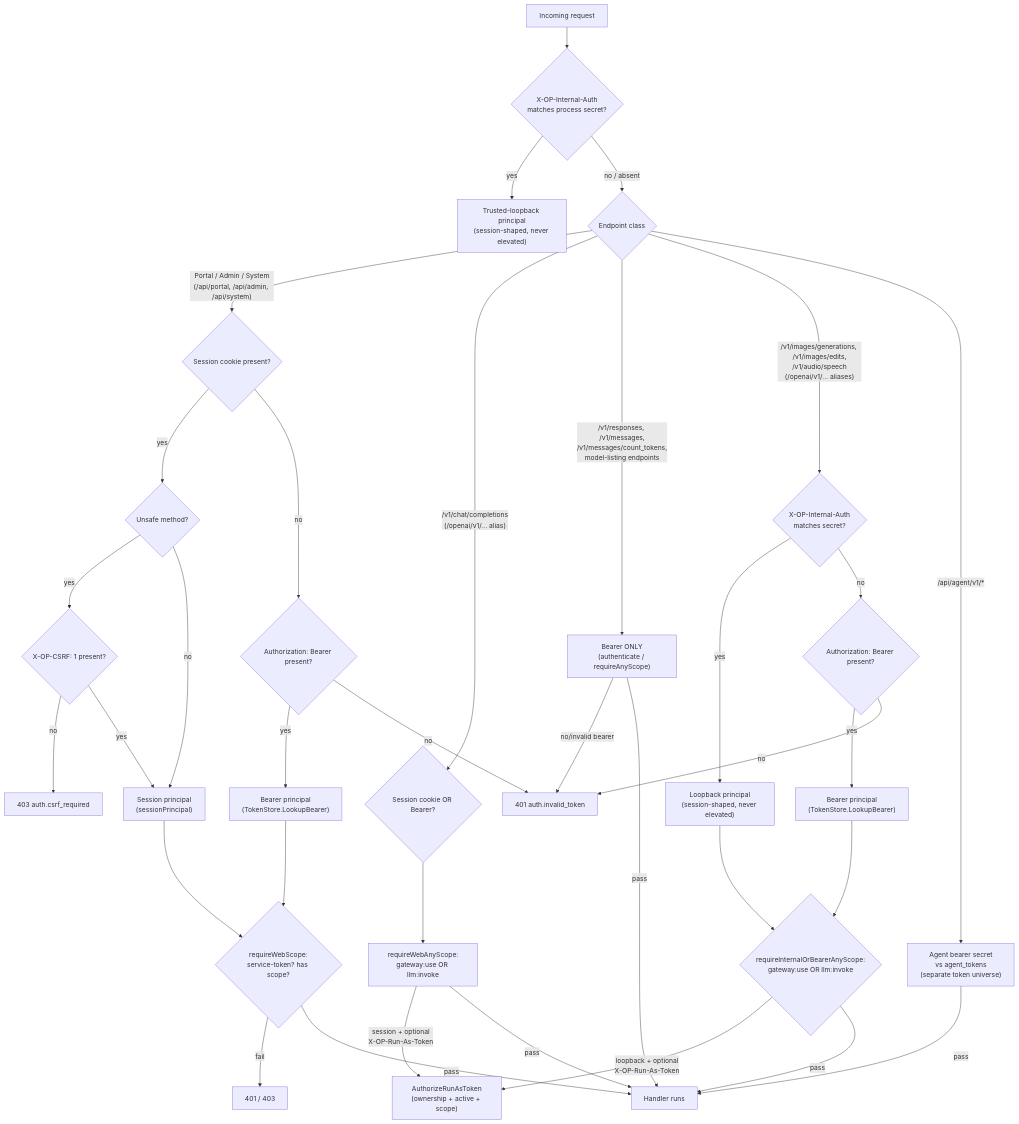
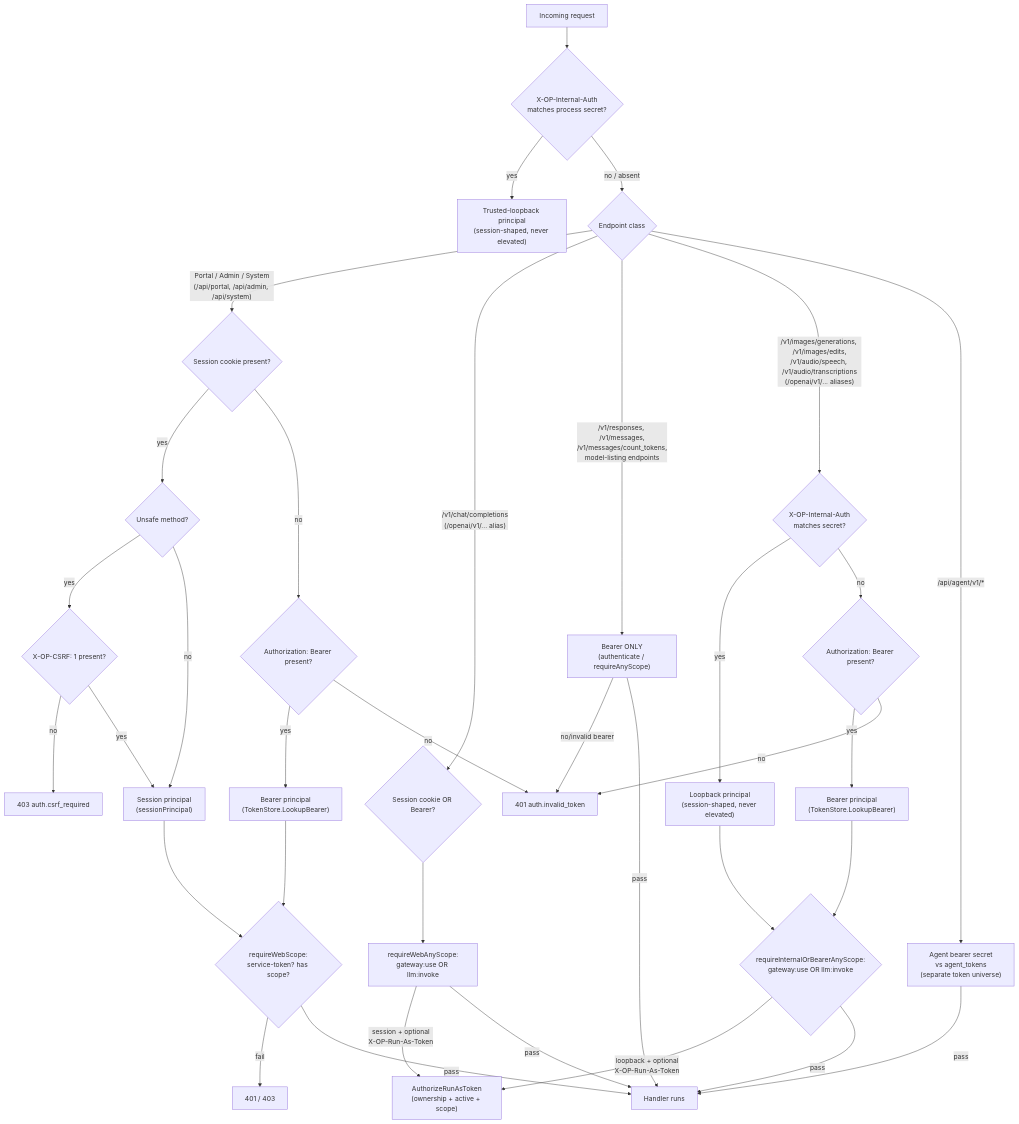
The first of 3 diagrams in docs/architecture/cross-cutting/security-auth-rbac.md (JLor08/op-ai-gateway), drawn with Mermaid before and after one commit. The commit also changed other lines of this file and 77 other files, not shown here.

First line of the commit message:
feat: serve POST /v1/audio/transcriptions backed by audio.cpp (#69) (#243)

````diff
--- a/docs/architecture/cross-cutting/security-auth-rbac.md
+++ b/docs/architecture/cross-cutting/security-auth-rbac.md
@@ -324,42 +328,42 @@
 ```mermaid
 flowchart TD
     A["Incoming request"] --> B{"X-OP-Internal-Auth\nmatches process secret?"}
     B -- yes --> C["Trusted-loopback principal\n(session-shaped, never elevated)"]
     B -- no / absent --> D{"Endpoint class"}
 
     D -- "Portal / Admin / System\n(/api/portal, /api/admin, /api/system)" --> E{"Session cookie present?"}
     E -- yes --> F{"Unsafe method?"}
     F -- yes --> G{"X-OP-CSRF: 1 present?"}
     G -- no --> X1["403 auth.csrf_required"]
     G -- yes --> H["Session principal\n(sessionPrincipal)"]
     F -- no --> H
     E -- no --> I{"Authorization: Bearer present?"}
     I -- yes --> J["Bearer principal\n(TokenStore.LookupBearer)"]
     I -- no --> X2["401 auth.invalid_token"]
     H --> K{"requireWebScope:\nservice-token? has scope?"}
     J --> K
     K -- fail --> X3["401 / 403"]
     K -- pass --> L["Handler runs"]
 
     D -- "/v1/chat/completions\n(/openai/v1/... alias)" --> M{"Session cookie OR Bearer?"}
     M --> N["requireWebAnyScope:\ngateway:use OR llm:invoke"]
     N -- "session + optional\nX-OP-Run-As-Token" --> O["AuthorizeRunAsToken\n(ownership + active + scope)"]
     N -- pass --> L
 
     D -- "/v1/responses, /v1/messages,\n/v1/messages/count_tokens,\nmodel-listing endpoints" --> P["Bearer ONLY\n(authenticate / requireAnyScope)"]
     P -- no/invalid bearer --> X2
     P -- pass --> L
 
-    D -- "/v1/images/generations, /v1/images/edits,\n/v1/audio/speech\n(/openai/v1/... aliases)" --> R{"X-OP-Internal-Auth\nmatches secret?"}
+    D -- "/v1/images/generations, /v1/images/edits,\n/v1/audio/speech, /v1/audio/transcriptions\n(/openai/v1/... aliases)" --> R{"X-OP-Internal-Auth\nmatches secret?"}
     R -- yes --> S["Loopback principal\n(session-shaped, never elevated)"]
     R -- no --> T{"Authorization: Bearer present?"}
     T -- yes --> U["Bearer principal\n(TokenStore.LookupBearer)"]
     T -- no --> X2
     S --> V{"requireInternalOrBearerAnyScope:\ngateway:use OR llm:invoke"}
     U --> V
     V -- "loopback + optional\nX-OP-Run-As-Token" --> O
     V -- pass --> L
 
     D -- "/api/agent/v1/*" --> Q["Agent bearer secret\nvs agent_tokens\n(separate token universe)"]
     Q -- pass --> L
 ```
````
